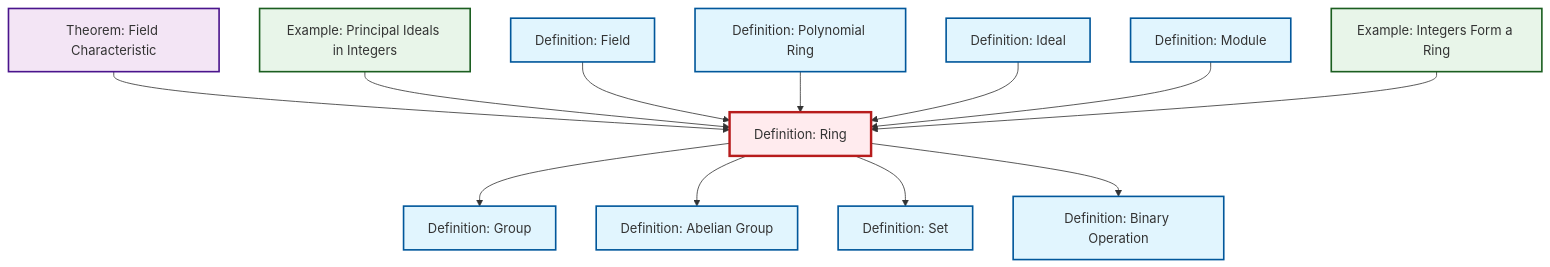
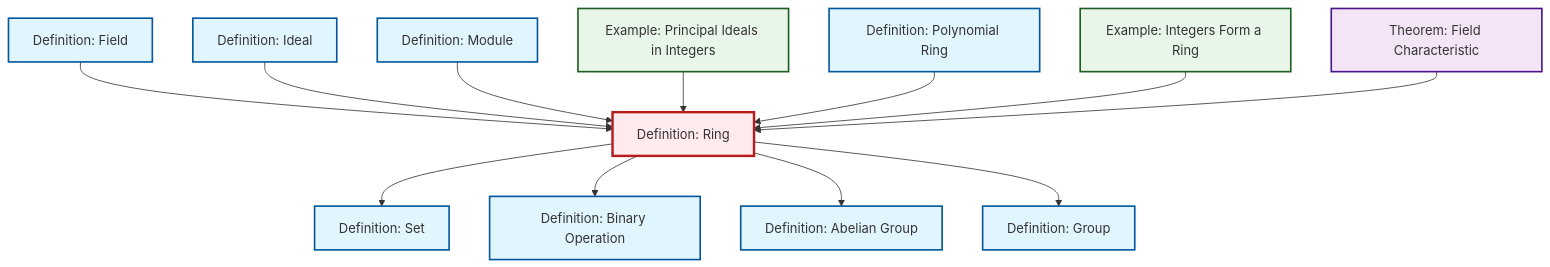
The diagram in content/en/algebra/def-ring.qmd (RK0429/ModernMath), drawn with Mermaid before and after one commit. The commit also changed other lines of this file and 531 other files, not shown here.

````diff
--- a/content/en/algebra/def-ring.qmd
+++ b/content/en/algebra/def-ring.qmd
@@ -61,44 +61,44 @@
 ```{mermaid}
 %%| fig-cap: "Local dependency graph"
 graph TD
     classDef definition fill:#e1f5fe,stroke:#01579b,stroke-width:2px
     classDef theorem fill:#f3e5f5,stroke:#4a148c,stroke-width:2px
     classDef axiom fill:#fff3e0,stroke:#e65100,stroke-width:2px
     classDef example fill:#e8f5e9,stroke:#1b5e20,stroke-width:2px
     classDef current fill:#ffebee,stroke:#b71c1c,stroke-width:3px
+    def-ideal["Definition: Ideal"]:::definition
+    def-abelian-group["Definition: Abelian Group"]:::definition
+    def-set["Definition: Set"]:::definition
     def-field["Definition: Field"]:::definition
+    def-group["Definition: Group"]:::definition
+    thm-field-characteristic["Theorem: Field Characteristic"]:::theorem
+    ex-integers-ring["Example: Integers Form a Ring"]:::example
     def-module["Definition: Module"]:::definition
-    def-set["Definition: Set"]:::definition
-    ex-principal-ideal["Example: Principal Ideals in Integers"]:::example
-    def-ideal["Definition: Ideal"]:::definition
     def-binary-operation["Definition: Binary Operation"]:::definition
     def-ring["Definition: Ring"]:::definition
-    def-group["Definition: Group"]:::definition
-    def-abelian-group["Definition: Abelian Group"]:::definition
+    ex-principal-ideal["Example: Principal Ideals in Integers"]:::example
     def-polynomial-ring["Definition: Polynomial Ring"]:::definition
-    thm-field-characteristic["Theorem: Field Characteristic"]:::theorem
-    ex-integers-ring["Example: Integers Form a Ring"]:::example
+    def-field --> def-ring
+    def-ideal --> def-ring
+    def-ring --> def-set
+    def-module --> def-ring
+    def-ring --> def-binary-operation
+    def-ring --> def-abelian-group
+    ex-principal-ideal --> def-ring
+    def-polynomial-ring --> def-ring
+    ex-integers-ring --> def-ring
     thm-field-characteristic --> def-ring
-    ex-principal-ideal --> def-ring
-    def-field --> def-ring
     def-ring --> def-group
-    def-ring --> def-abelian-group
-    def-polynomial-ring --> def-ring
-    def-ring --> def-set
-    def-ideal --> def-ring
-    def-ring --> def-binary-operation
-    def-module --> def-ring
-    ex-integers-ring --> def-ring
     class def-ring current
+    click def-ideal "def-ideal.html" "Go to Ideal definition"
+    click def-abelian-group "def-abelian-group.html" "Go to Abelian Group definition"
+    click def-set "def-set.html" "Go to Set definition"
     click def-field "def-field.html" "Go to Field definition"
-    click def-module "def-module.html" "Go to Module definition"
-    click def-set "def-set.html" "Go to Set definition"
-    click ex-principal-ideal "ex-principal-ideal.html" "Go to Principal Ideals in Integers example"
-    click def-ideal "def-ideal.html" "Go to Ideal definition"
-    click def-binary-operation "def-binary-operation.html" "Go to Binary Operation definition"
     click def-group "def-group.html" "Go to Group definition"
-    click def-abelian-group "def-abelian-group.html" "Go to Abelian Group definition"
-    click def-polynomial-ring "def-polynomial-ring.html" "Go to Polynomial Ring definition"
     click thm-field-characteristic "thm-field-characteristic.html" "Go to Field Characteristic theorem"
     click ex-integers-ring "ex-integers-ring.html" "Go to Integers Form a Ring example"
+    click def-module "def-module.html" "Go to Module definition"
+    click def-binary-operation "def-binary-operation.html" "Go to Binary Operation definition"
+    click ex-principal-ideal "ex-principal-ideal.html" "Go to Principal Ideals in Integers example"
+    click def-polynomial-ring "def-polynomial-ring.html" "Go to Polynomial Ring definition"
 ```
````
